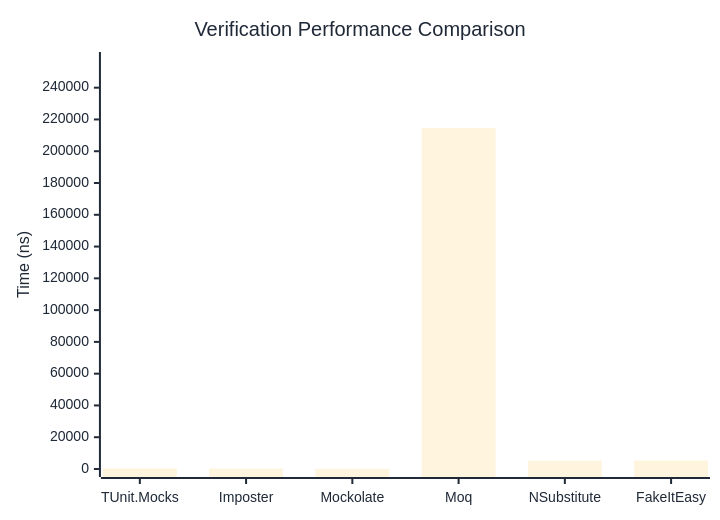
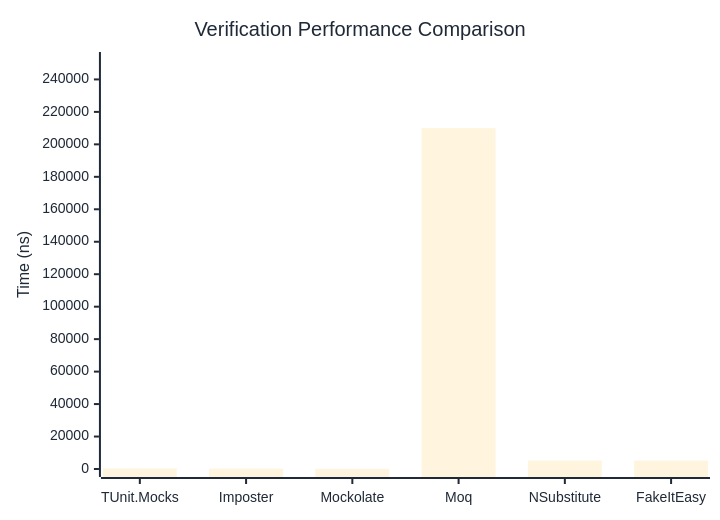
One commit to thomhurst/TUnit changed the first of 3 diagrams in docs/docs/benchmarks/mocks/Verification.md. Above: the diagram before and after it, drawn with Mermaid. The commit also changed other lines of this file and 14 other files, not shown here.

````diff
--- a/docs/docs/benchmarks/mocks/Verification.md
+++ b/docs/docs/benchmarks/mocks/Verification.md
@@ -30,27 +30,27 @@
 ```mermaid
 %%{init: {
   'theme':'base',
   'themeVariables': {
     'primaryColor': '#2563eb',
     'primaryTextColor': '#1f2937',
     'primaryBorderColor': '#1e40af',
     'lineColor': '#6b7280',
     'secondaryColor': '#7c3aed',
     'tertiaryColor': '#dc2626',
     'background': '#ffffff',
     'pie1': '#2563eb',
     'pie2': '#7c3aed',
     'pie3': '#dc2626',
     'pie4': '#f59e0b',
     'pie5': '#10b981',
     'pie6': '#06b6d4',
     'pie7': '#ec4899',
     'pie8': '#6366f1'
   }
 }}%%
 xychart-beta
   title "Verification Performance Comparison"
   x-axis ["TUnit.Mocks", "Imposter", "Mockolate", "Moq", "NSubstitute", "FakeItEasy"]
-  y-axis "Time (ns)" 0 --> 257423
-  bar [327.49, 267.5, 148.38, 214518.48, 5263.41, 5339.65]
+  y-axis "Time (ns)" 0 --> 251965
+  bar [328.3, 223.77, 152.44, 209970.54, 5230.77, 5142.18]
 ```
````
